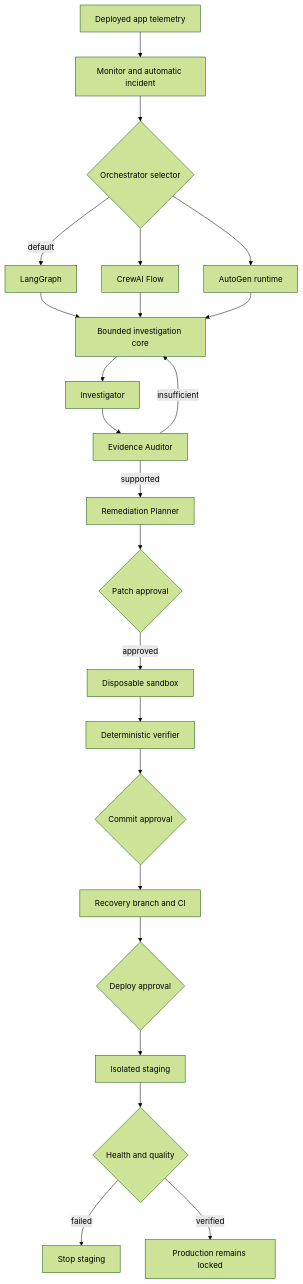
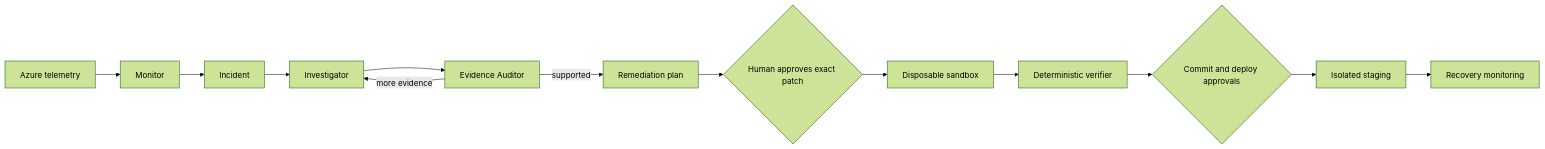
The diagram in README.md (23f3001800/TraceRoot), drawn with Mermaid (forest theme) before and after one commit. The commit also changed other lines of this file and 2 other files, not shown here.

````diff
--- a/README.md
+++ b/README.md
@@ -77,25 +41,15 @@
 ```mermaid
-flowchart TB
-    A[Deployed app telemetry] --> B[Monitor and automatic incident]
-    B --> S{Orchestrator selector}
-    S -->|default| LG[LangGraph]
-    S --> CR[CrewAI Flow]
-    S --> AG[AutoGen runtime]
-    LG --> C[Bounded investigation core]
-    CR --> C
-    AG --> C
-    C --> IV[Investigator]
-    IV --> D[Evidence Auditor]
-    D -->|insufficient| C
-    D -->|supported| E[Remediation Planner]
-    E --> F{Patch approval}
-    F -->|approved| G[Disposable sandbox]
-    G --> H[Deterministic verifier]
-    H --> I{Commit approval}
-    I --> J[Recovery branch and CI]
-    J --> K{Deploy approval}
-    K --> L[Isolated staging]
-    L --> M{Health and quality}
-    M -->|failed| N[Stop staging]
-    M -->|verified| O[Production remains locked]
+flowchart LR
+    A[Azure telemetry] --> B[Monitor]
+    B --> C[Incident]
+    C --> D[Investigator]
+    D --> E[Evidence Auditor]
+    E -->|more evidence| D
+    E -->|supported| F[Remediation plan]
+    F --> G{Human approves exact patch}
+    G --> H[Disposable sandbox]
+    H --> I[Deterministic verifier]
+    I --> J{Commit and deploy approvals}
+    J --> K[Isolated staging]
+    K --> L[Recovery monitoring]
 ```
````
